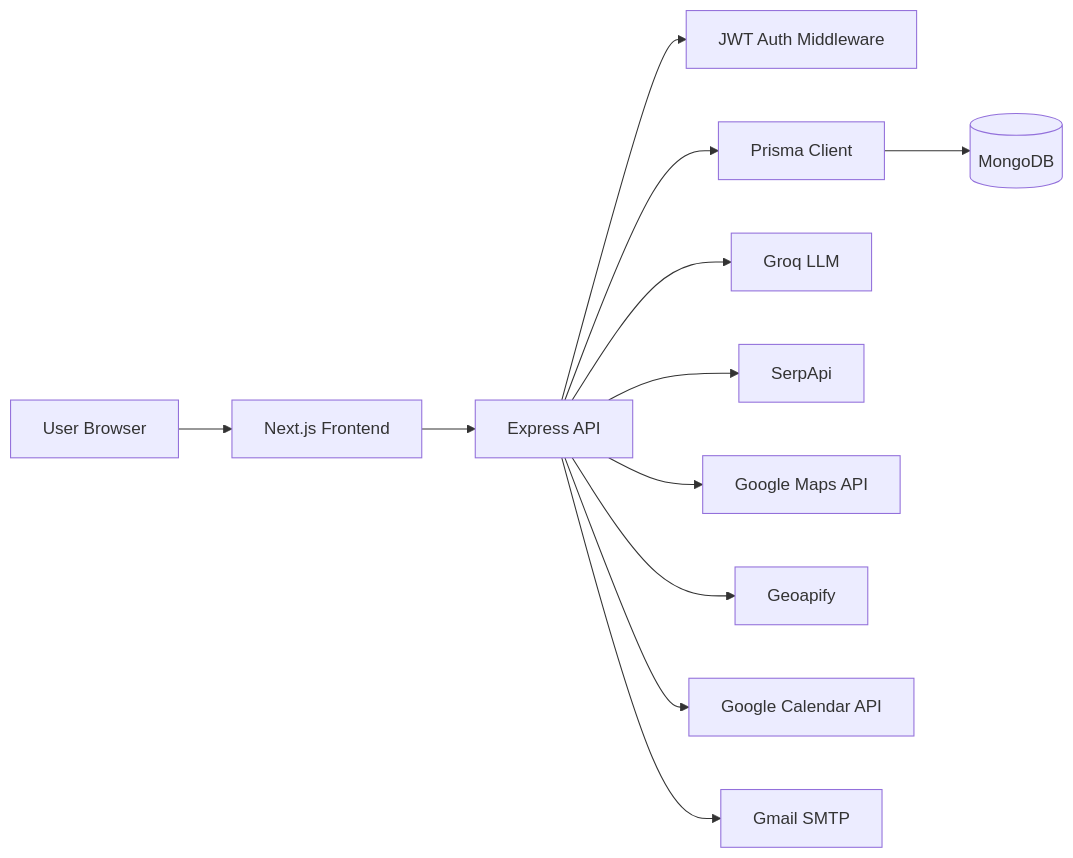
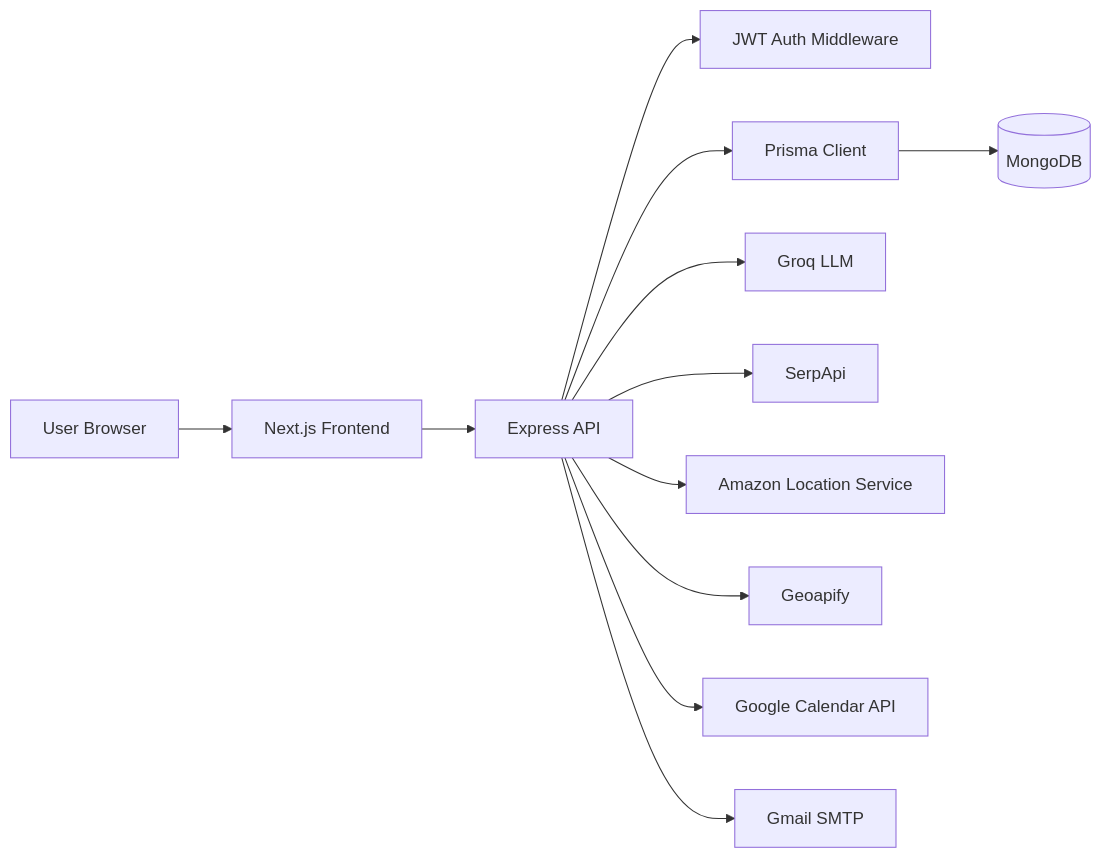
The diagram in README.md (Moksh-Jain-2212/SmartTravello), drawn with Mermaid before and after one commit. The commit also changed other lines of this file and 7 other files, not shown here.

````diff
--- a/README.md
+++ b/README.md
@@ -102,14 +102,14 @@
 ```mermaid
 flowchart LR
     User[User Browser] --> Frontend[Next.js Frontend]
     Frontend --> API[Express API]
     API --> Auth[JWT Auth Middleware]
     API --> Prisma[Prisma Client]
     Prisma --> MongoDB[(MongoDB)]
     API --> Groq[Groq LLM]
     API --> SerpApi[SerpApi]
-    API --> GoogleMaps[Google Maps API]
+    API --> AWSLocation[Amazon Location Service]
     API --> Geoapify[Geoapify]
     API --> GoogleCalendar[Google Calendar API]
     API --> Email[Gmail SMTP]
 ```
````
